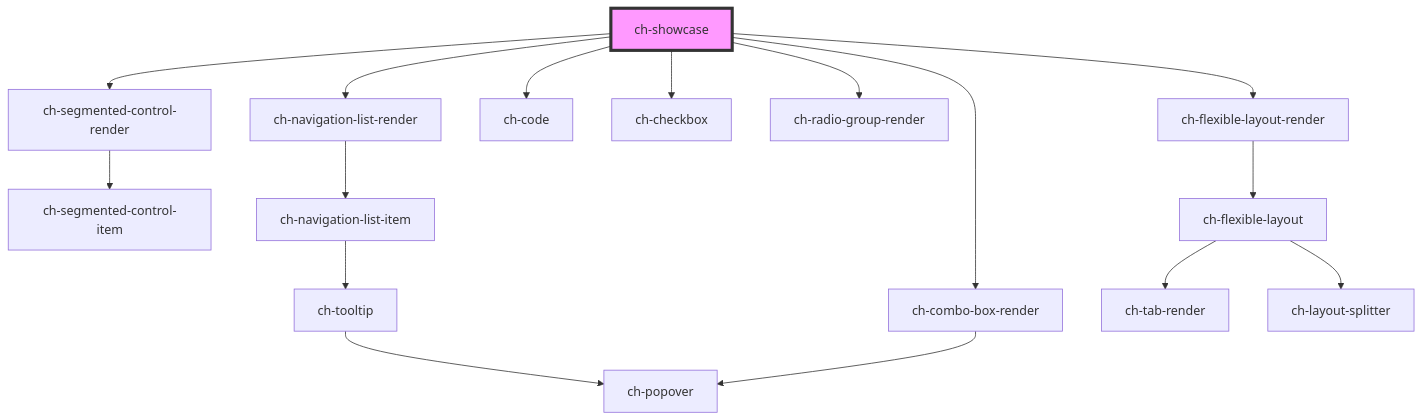
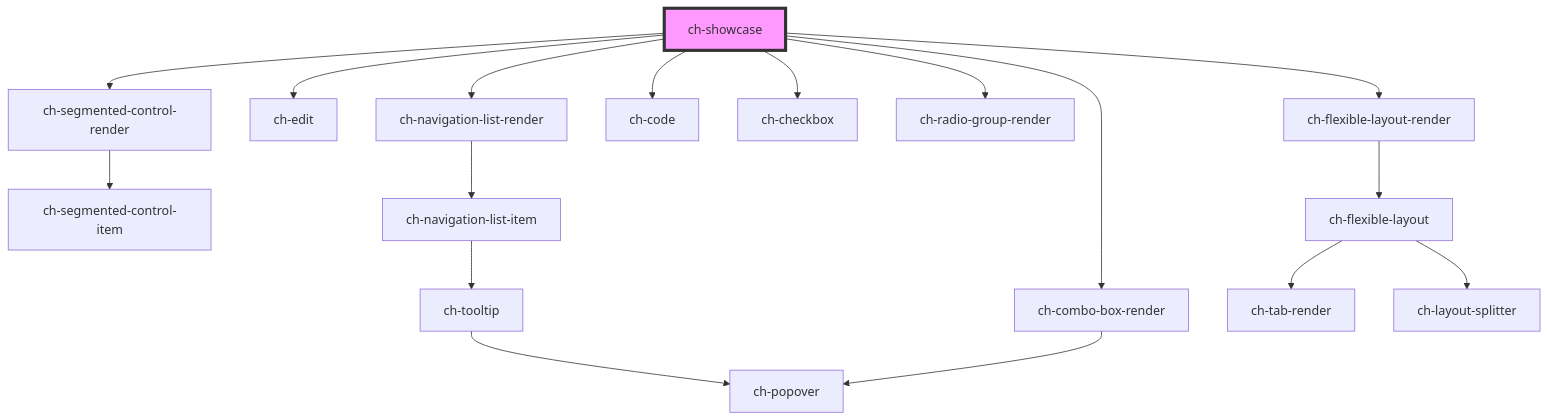
The diagram in src/showcase/assets/components/readme.md (genexuslabs/chameleon-controls-library), drawn with Mermaid before and after one commit. The commit also changed other lines of this file and 1 other file, not shown here.

Commit message:
Update readmes

````diff
--- a/src/showcase/assets/components/readme.md
+++ b/src/showcase/assets/components/readme.md
@@ -32,19 +33,20 @@
 ```mermaid
 graph TD;
   ch-showcase --> ch-segmented-control-render
+  ch-showcase --> ch-edit
   ch-showcase --> ch-navigation-list-render
   ch-showcase --> ch-code
   ch-showcase --> ch-checkbox
   ch-showcase --> ch-combo-box-render
   ch-showcase --> ch-radio-group-render
   ch-showcase --> ch-flexible-layout-render
   ch-segmented-control-render --> ch-segmented-control-item
   ch-navigation-list-render --> ch-navigation-list-item
   ch-navigation-list-item --> ch-tooltip
   ch-tooltip --> ch-popover
   ch-combo-box-render --> ch-popover
   ch-flexible-layout-render --> ch-flexible-layout
   ch-flexible-layout --> ch-tab-render
   ch-flexible-layout --> ch-layout-splitter
   style ch-showcase fill:#f9f,stroke:#333,stroke-width:4px
 ```
````
